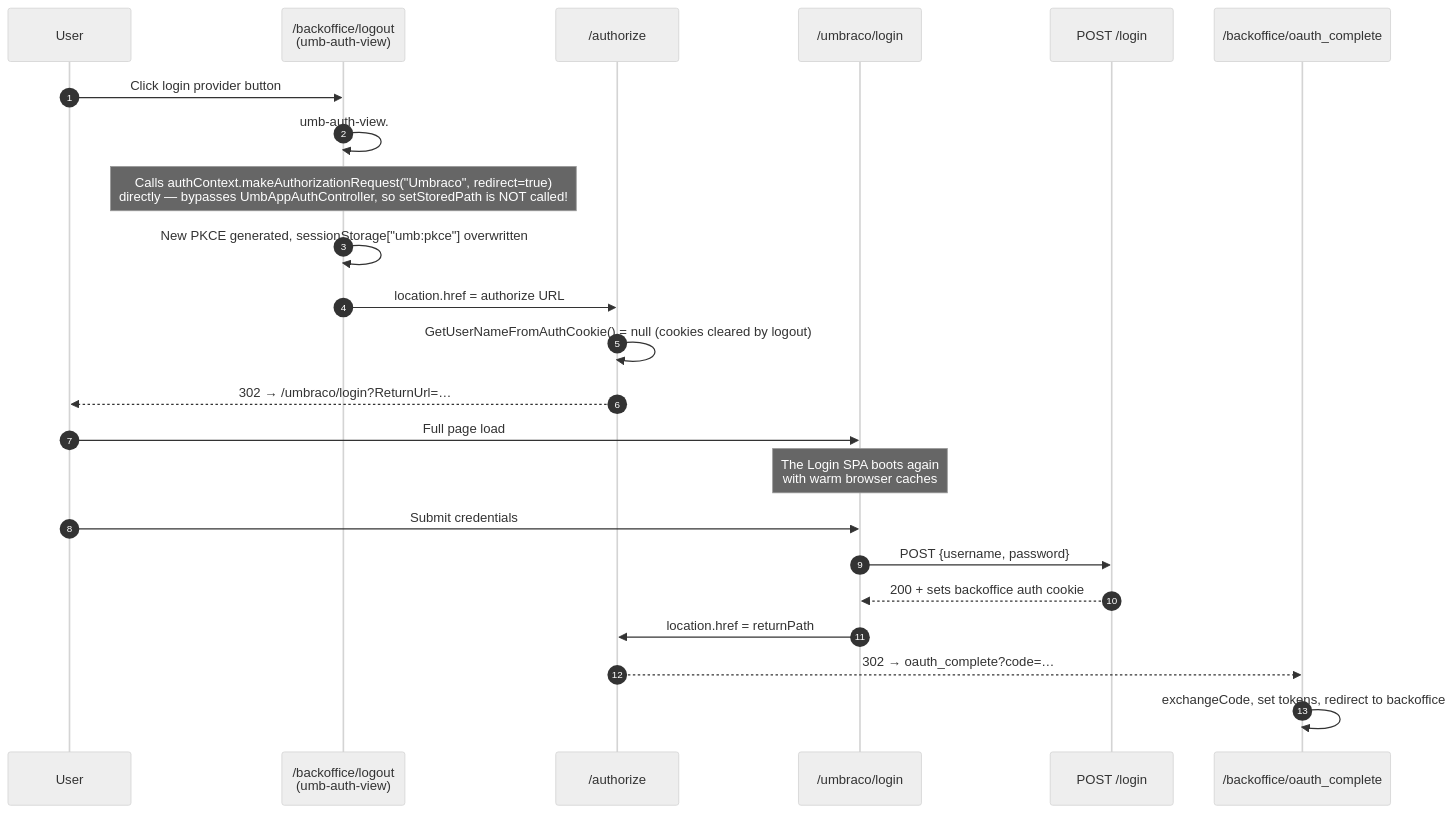
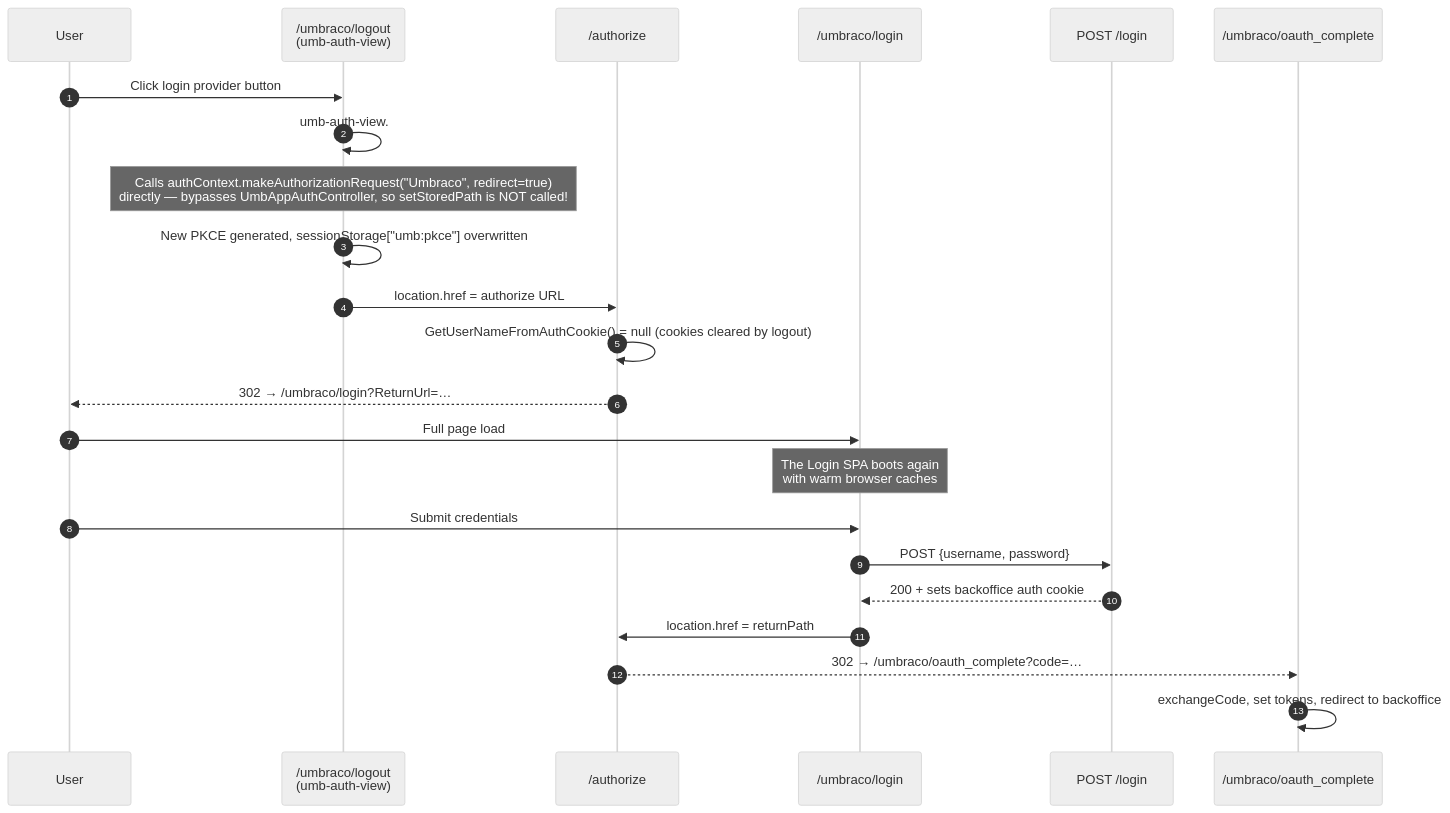
One commit to tedlindholm/LeLoegin changed the third of 4 diagrams in docs/umbraco-login-flow-deep-dive.md. Above: the diagram before and after it, drawn with Mermaid (neutral theme). The commit also changed other lines of this file and 2 other files, not shown here.

Commit message:
Update documentation for Umbraco 18 login flow, including SPA routes and OAuth handling changes

````diff
--- a/docs/umbraco-login-flow-deep-dive.md
+++ b/docs/umbraco-login-flow-deep-dive.md
@@ -446,26 +446,26 @@
 ```mermaid
 sequenceDiagram
     autonumber
     participant U as User
-    participant LO as /backoffice/logout<br/>(umb-auth-view)
+    participant LO as /umbraco/logout<br/>(umb-auth-view)
     participant AZ as /authorize
     participant LP as /umbraco/login
     participant LOGIN as POST /login
-    participant OC as /backoffice/oauth_complete
+    participant OC as /umbraco/oauth_complete
 
     U->>LO: Click login provider button
     LO->>LO: umb-auth-view.#onSubmit()
     Note over LO: Calls authContext.makeAuthorizationRequest("Umbraco", redirect=true)<br/>directly — bypasses UmbAppAuthController, so setStoredPath is NOT called!
     LO->>LO: New PKCE generated, sessionStorage["umb:pkce"] overwritten
     LO->>AZ: location.href = authorize URL
     AZ->>AZ: GetUserNameFromAuthCookie() = null (cookies cleared by logout)
     AZ-->>U: 302 → /umbraco/login?ReturnUrl=…
     U->>LP: Full page load
     Note over LP: The Login SPA boots again<br/>with warm browser caches
     U->>LP: Submit credentials
     LP->>LOGIN: POST {username, password}
     LOGIN-->>LP: 200 + sets backoffice auth cookie
     LP->>AZ: location.href = returnPath
-    AZ-->>OC: 302 → oauth_complete?code=…
+    AZ-->>OC: 302 → /umbraco/oauth_complete?code=…
     OC->>OC: exchangeCode, set tokens, redirect to backoffice
 ```
````
